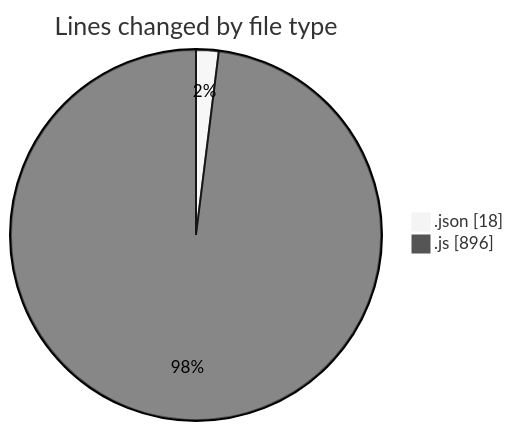
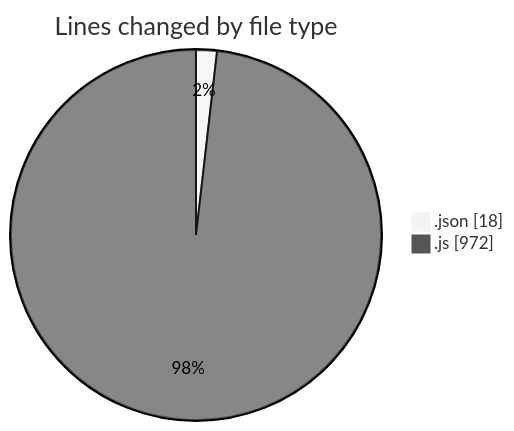
The first of 2 diagrams in 2025-04-01/jsvms/README.md (BS-eng2023/code-tracking), drawn with Mermaid (neutral theme) before and after one commit. The commit also changed other lines of this file and 1 other file, not shown here.

````diff
--- a/2025-04-01/jsvms/README.md
+++ b/2025-04-01/jsvms/README.md
@@ -32,6 +32,6 @@
 ```mermaid
 pie showData
 title Lines changed by file type
 ".json" : 18
-".js" : 896
+".js" : 972
 ```
````
